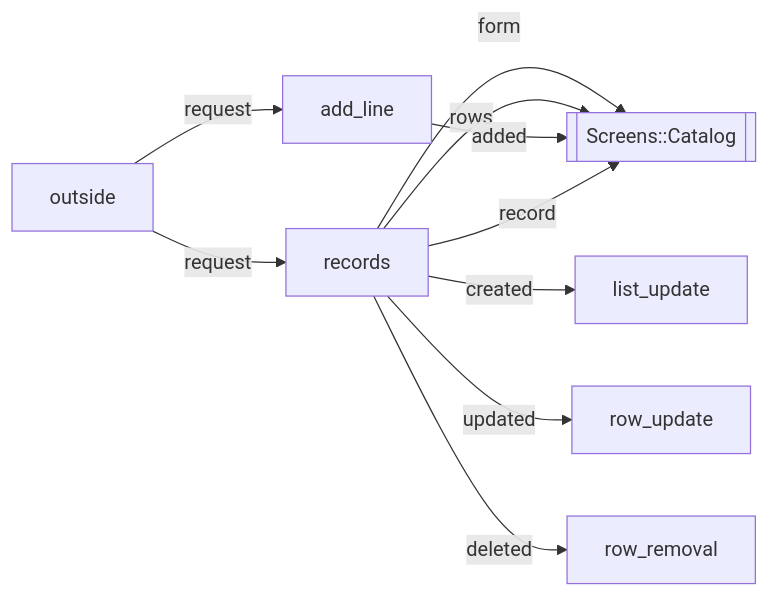
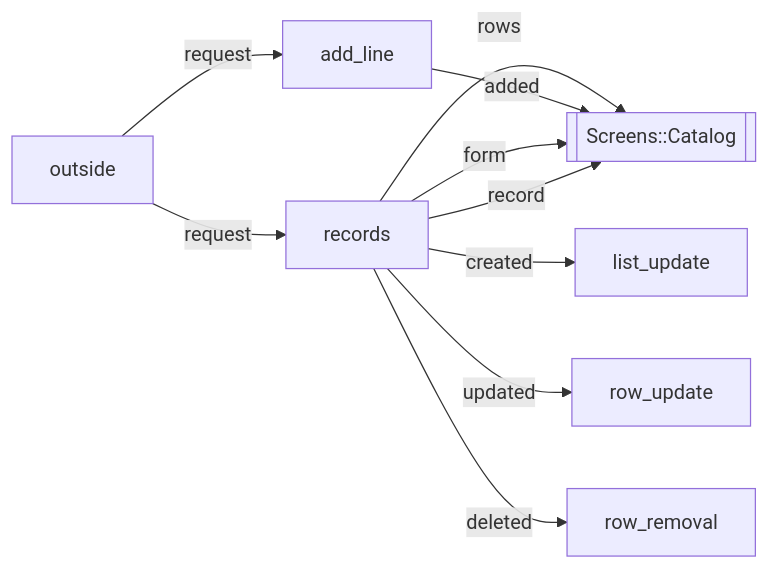
The diagram in v07-plain-features/docs/diagrams/running/catalog.md (modellurgist/ala_variants_ruby), drawn with Mermaid before and after one commit. The commit also changed other lines of this file and 2574 other files, not shown here.

````diff
--- a/v07-plain-features/docs/diagrams/running/catalog.md
+++ b/v07-plain-features/docs/diagrams/running/catalog.md
@@ -3,18 +3,18 @@
 ```mermaid
 flowchart LR
   screen[[Screens::Catalog]]
   records[records]
   add_line[add_line]
   list_update[list_update]
   row_update[row_update]
   row_removal[row_removal]
   outside -- request --> records
-  records -- form --> screen
-  records -- created --> list_update
   records -- rows --> screen
   outside -- request --> add_line
   add_line -- added --> screen
+  records -- form --> screen
+  records -- created --> list_update
+  records -- record --> screen
   records -- updated --> row_update
-  records -- record --> screen
   records -- deleted --> row_removal
 ```
````
